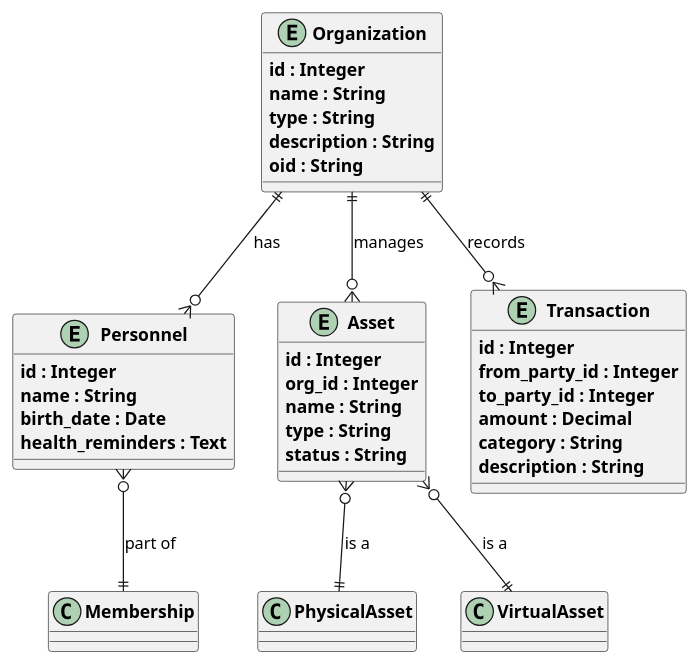
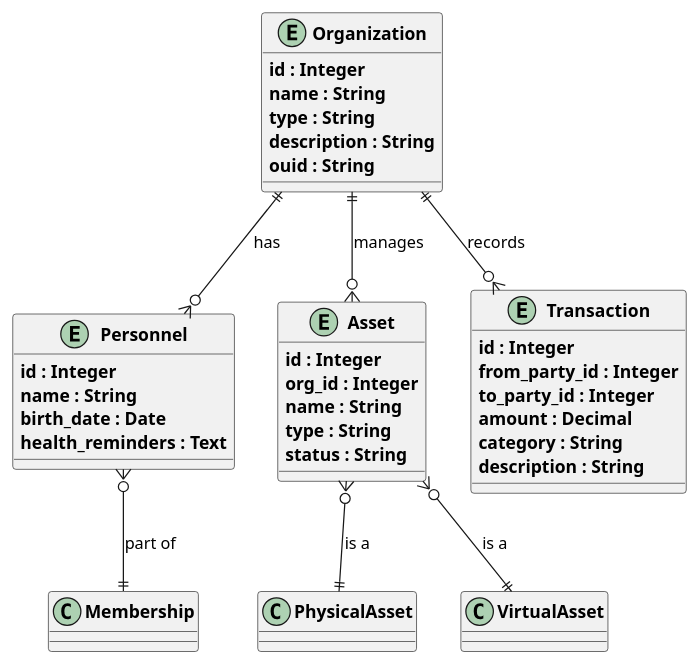
One commit to qiancy/ur-agent changed the diagram in agents/PM_AGENT.md. Above: the diagram before and after it, drawn with PlantUML. The commit also changed 15 other files, not shown here.

````diff
--- a/agents/PM_AGENT.md
+++ b/agents/PM_AGENT.md
@@ -444,60 +444,60 @@
 ```plantuml
 @startuml
 ' 项目：Uni-Resource Agent
 ' 版本：1.0
 ' 作者：SA Team
 ' 日期：2026-07-21
 
 ' 统一风格设置
 skinparam {
     defaultTextAlignment center
     nodeBorderThickness 2
     interfaceBorderThickness 2
     classAttributeFontStyle bold
     classOperationFontStyle normal
 }
 
 ' 实体定义
 entity Organization {
     id : Integer
     name : String
     type : String
     description : String
-    oid : String
+    ouid : String
 }
 
 entity Personnel {
     id : Integer
     name : String
     birth_date : Date
     health_reminders : Text
 }
 
 entity Asset {
     id : Integer
     org_id : Integer
     name : String
     type : String
     status : String
 }
 
 entity Transaction {
     id : Integer
     from_party_id : Integer
     to_party_id : Integer
     amount : Decimal
     category : String
     description : String
 }
 
 ' 关系定义
 Organization ||--o{ Personnel : "has"
 Organization ||--o{ Asset : "manages"
 Organization ||--o{ Transaction : "records"
 
 Personnel }o--|| Membership : "part of"
 Asset }o--|| PhysicalAsset : "is a"
 Asset }o--|| VirtualAsset : "is a"
 
 @enduml
 ```
````
